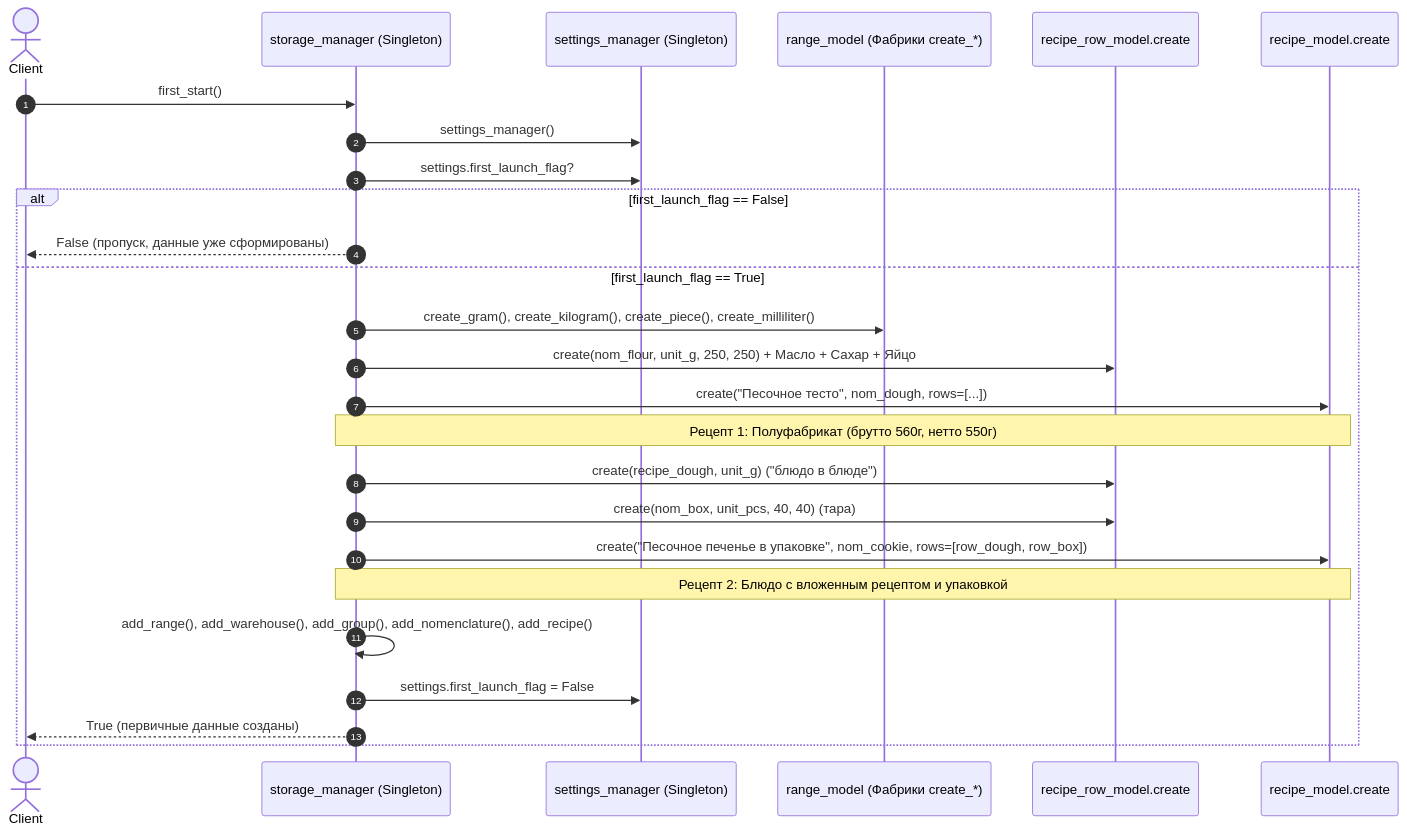
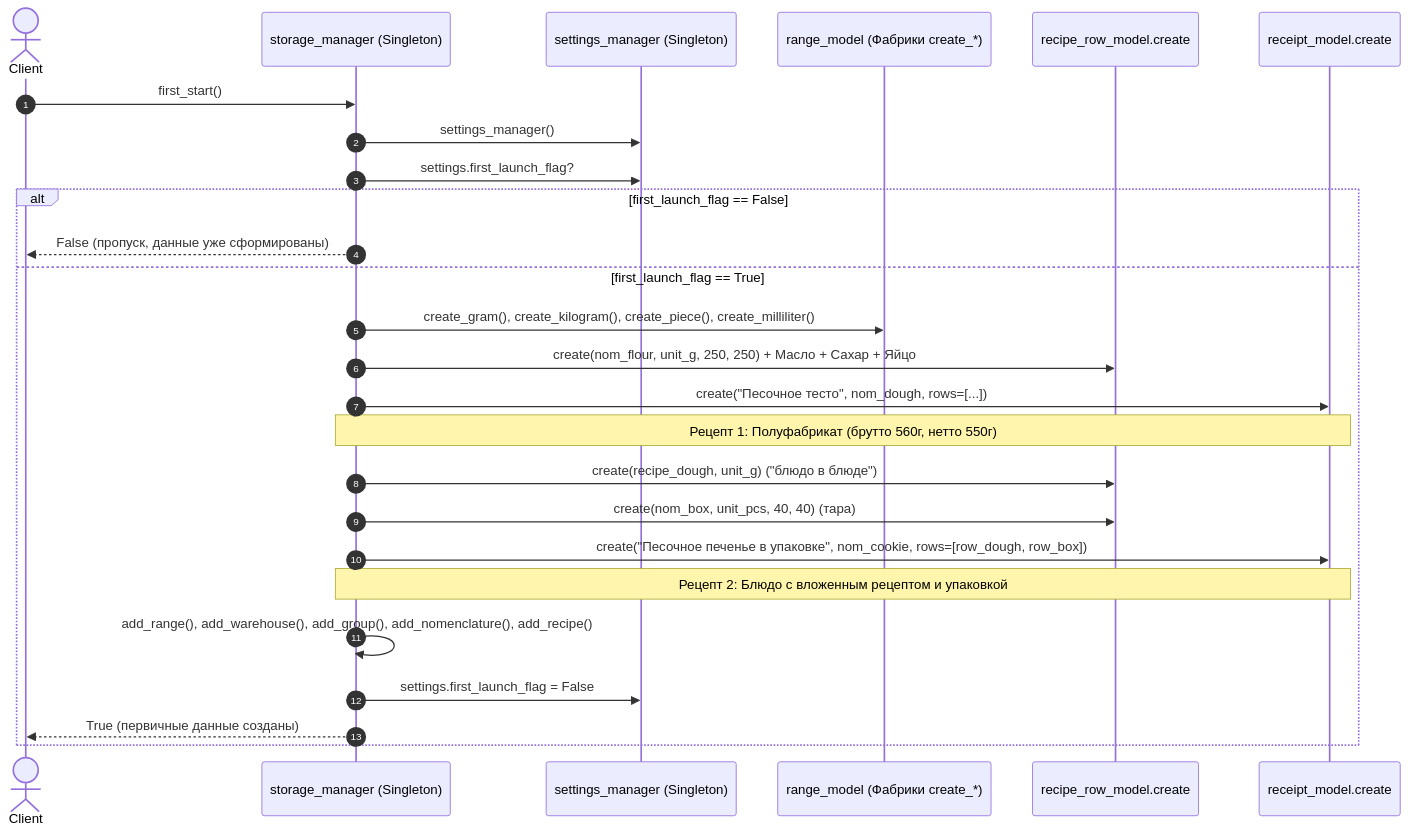
The third of 4 diagrams in _docs/UML_diagrams.md (Hikaru-Hrn/Patterns2026_YM), drawn with Mermaid before and after one commit. The commit also changed other lines of this file, not shown here.

````diff
--- a/_docs/UML_diagrams.md
+++ b/_docs/UML_diagrams.md
@@ -282,29 +282,29 @@
 ```mermaid
 sequenceDiagram
     autonumber
     actor Client
     participant Store as storage_manager (Singleton)
     participant Sett as settings_manager (Singleton)
     participant RangeFactory as range_model (Фабрики create_*)
     participant RowFactory as recipe_row_model.create
-    participant RecipeFactory as recipe_model.create
+    participant RecipeFactory as receipt_model.create
 
     Client->>Store: first_start()
     Store->>Sett: settings_manager()
     Store->>Sett: settings.first_launch_flag?
     alt first_launch_flag == False
         Store-->>Client: False (пропуск, данные уже сформированы)
     else first_launch_flag == True
         Store->>RangeFactory: create_gram(), create_kilogram(), create_piece(), create_milliliter()
         Store->>RowFactory: create(nom_flour, unit_g, 250, 250) + Масло + Сахар + Яйцо
         Store->>RecipeFactory: create("Песочное тесто", nom_dough, rows=[...])
         Note over Store,RecipeFactory: Рецепт 1: Полуфабрикат (брутто 560г, нетто 550г)
         Store->>RowFactory: create(recipe_dough, unit_g) ("блюдо в блюде")
         Store->>RowFactory: create(nom_box, unit_pcs, 40, 40) (тара)
         Store->>RecipeFactory: create("Песочное печенье в упаковке", nom_cookie, rows=[row_dough, row_box])
         Note over Store,RecipeFactory: Рецепт 2: Блюдо с вложенным рецептом и упаковкой
         Store->>Store: add_range(), add_warehouse(), add_group(), add_nomenclature(), add_recipe()
         Store->>Sett: settings.first_launch_flag = False
         Store-->>Client: True (первичные данные созданы)
     end
 ```
````
